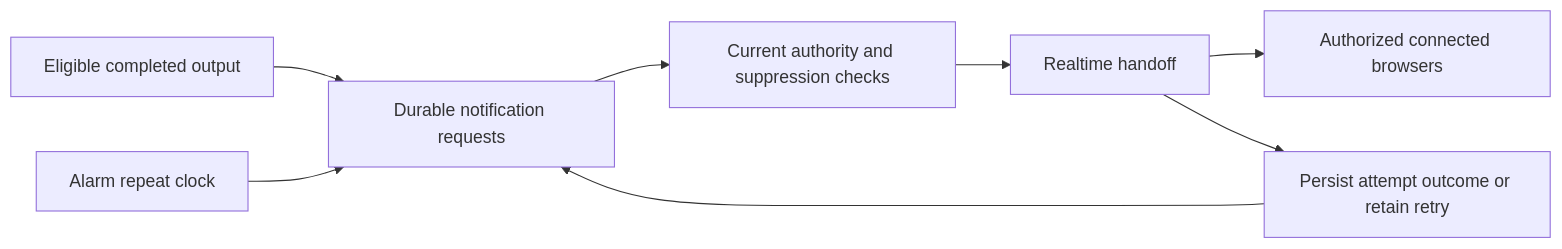
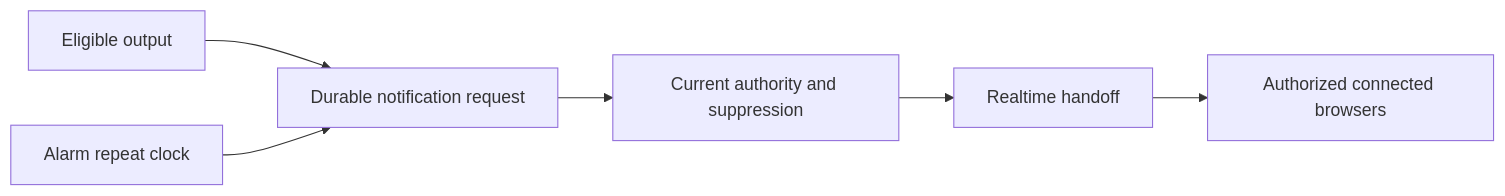
One commit to bewest/rag-nightscout-ecosystem-alignment changed the second of 2 diagrams in docs/30-design/tenancy/evaluator-realtime-communication.md. Above: the diagram before and after it, drawn with Mermaid. The commit also changed other lines of this file and 30 other files, not shown here.

Commit message:
Reconcile tenancy architecture and admission guidance with candidate 5

````diff
--- a/docs/30-design/tenancy/evaluator-realtime-communication.md
+++ b/docs/30-design/tenancy/evaluator-realtime-communication.md
@@ -524,10 +34,8 @@
 ```mermaid
 flowchart LR
-  E[Eligible completed output] --> P[Durable notification requests]
-  T[Alarm repeat clock] --> P
-  P --> C[Current authority and suppression checks]
-  C --> R[Realtime handoff]
-  R --> B[Authorized connected browsers]
-  R --> A[Persist attempt outcome or retain retry]
-  A --> P
+  Output[Eligible output] --> Intent[Durable notification request]
+  Clock[Alarm repeat clock] --> Intent
+  Intent --> Check[Current authority and suppression]
+  Check --> RT[Realtime handoff]
+  RT --> Client[Authorized connected browsers]
 ```
````
